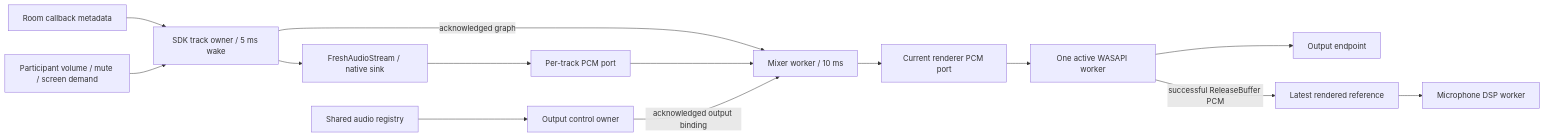
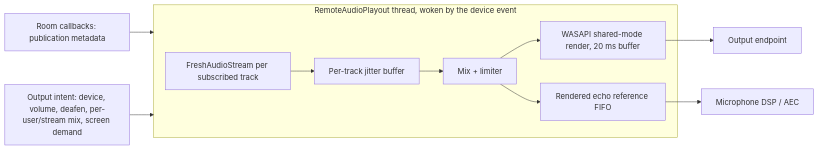
The diagram in docs/native-v2/REMOTE_AUDIO.md (syrnike13/syrnike13-app), drawn with Mermaid before and after one commit. The commit also changed other lines of this file and 3 other files, not shown here.

First line of the commit message:
feat(native-media): recover microphone failures automatically

````diff
--- a/docs/native-v2/REMOTE_AUDIO.md
+++ b/docs/native-v2/REMOTE_AUDIO.md
@@ -12,16 +8,13 @@
 ```mermaid
 flowchart LR
-  Room[Room callback metadata] --> Tracks[SDK track owner / 5 ms wake]
-  Tracks --> Native[FreshAudioStream / native sink]
-  Native --> PerTrack[Per-track PCM port]
-  Controls[Participant volume / mute / screen demand] --> Tracks
-  Tracks -->|acknowledged graph| Mixer[Mixer worker / 10 ms]
-  PerTrack --> Mixer
-  Registry[Shared audio registry] --> Output[Output control owner]
-  Output -->|acknowledged output binding| Mixer
-  Mixer --> Mixed[Current renderer PCM port]
-  Mixed --> WASAPI[One active WASAPI worker]
-  WASAPI --> Device[Output endpoint]
-  WASAPI -->|successful ReleaseBuffer PCM| Echo[Latest rendered reference]
-  Echo --> DSP[Microphone DSP worker]
+  Room[Room callbacks: publication metadata] --> Playout
+  Controls[Output intent: device, volume, deafen, per-user/stream mix, screen demand] --> Playout
+  subgraph Playout[RemoteAudioPlayout thread, woken by the device event]
+    Readers[FreshAudioStream per subscribed track] --> Jitter[Per-track jitter buffer]
+    Jitter --> Mix[Mix + limiter]
+    Mix --> Render[WASAPI shared-mode render, 20 ms buffer]
+    Mix --> Echo[Rendered echo reference FIFO]
+  end
+  Render --> Device[Output endpoint]
+  Echo --> DSP[Microphone DSP / AEC]
 ```
````
